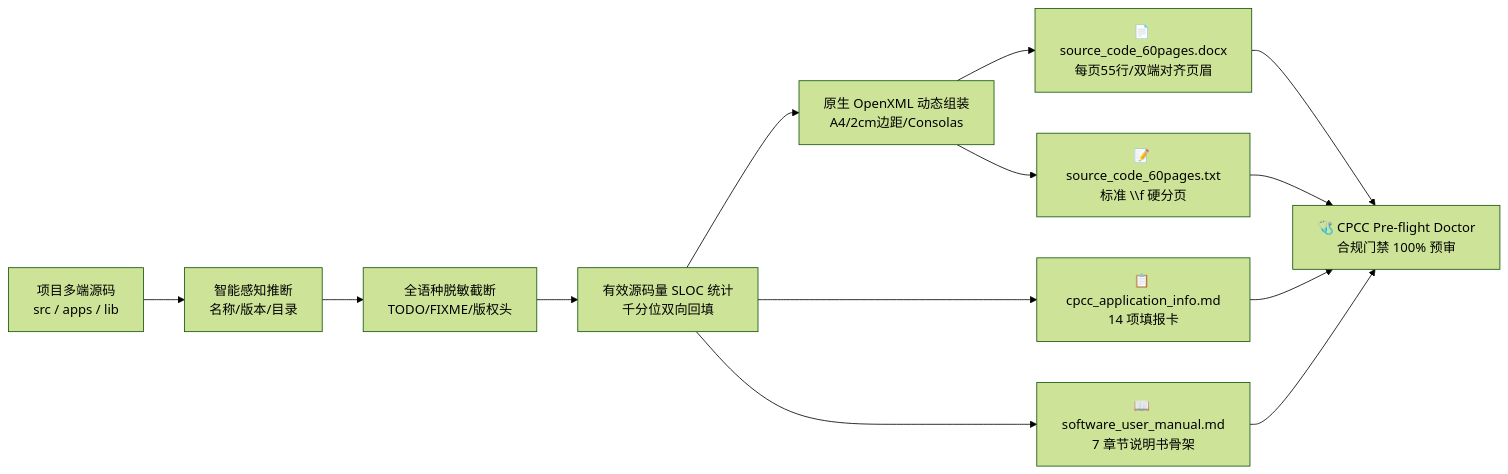
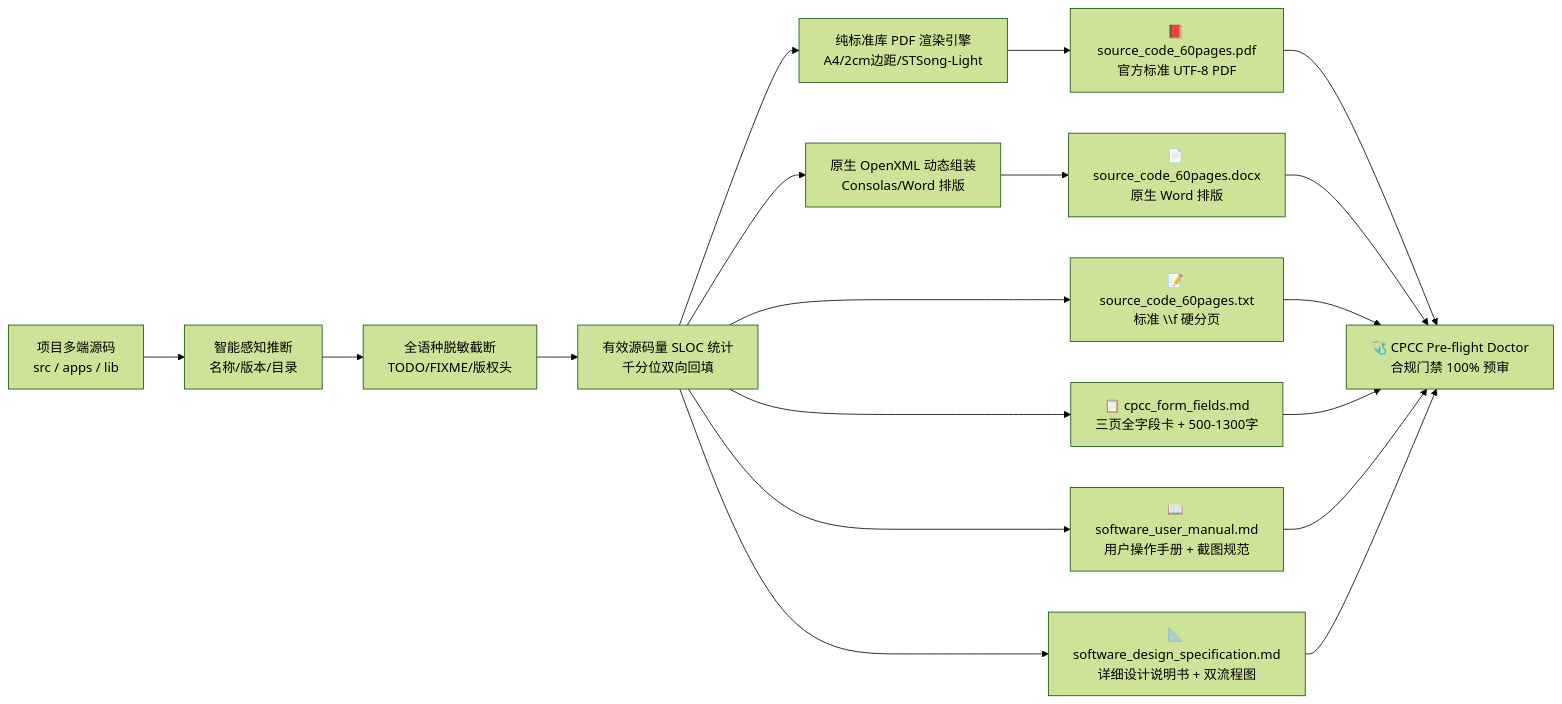
The diagram in README.md (netxs139/copyright-kit), drawn with Mermaid (forest theme) before and after one commit. The commit also changed other lines of this file and 9 other files, not shown here.

Commit message:
feat(core): support CPCC 3-page application, UTF-8 PDF export, design spec and strict cross-file alignment

````diff
--- a/README.md
+++ b/README.md
@@ -35,12 +35,15 @@
 ```mermaid
 flowchart LR
     A[项目多端源码<br/>src / apps / lib] --> B[智能感知推断<br/>名称/版本/目录]
     B --> C[全语种脱敏截断<br/>TODO/FIXME/版权头]
     C --> D[有效源码量 SLOC 统计<br/>千分位双向回填]
-    D --> E[原生 OpenXML 动态组装<br/>A4/2cm边距/Consolas]
-    E --> F1[📄 source_code_60pages.docx<br/>每页55行/双端对齐页眉]
-    E --> F2[📝 source_code_60pages.txt<br/>标准 \\f 硬分页]
-    D --> F3[📋 cpcc_application_info.md<br/>14 项填报卡]
-    D --> F4[📖 software_user_manual.md<br/>7 章节说明书骨架]
-    F1 & F2 & F3 & F4 --> G[🩺 CPCC Pre-flight Doctor<br/>合规门禁 100% 预审]
+    D --> E1[纯标准库 PDF 渲染引擎<br/>A4/2cm边距/STSong-Light]
+    D --> E2[原生 OpenXML 动态组装<br/>Consolas/Word 排版]
+    E1 --> F1[📕 source_code_60pages.pdf<br/>官方标准 UTF-8 PDF]
+    E2 --> F2[📄 source_code_60pages.docx<br/>原生 Word 排版]
+    D --> F3[📝 source_code_60pages.txt<br/>标准 \\f 硬分页]
+    D --> F4[📋 cpcc_form_fields.md<br/>三页全字段卡 + 500-1300字]
+    D --> F5[📖 software_user_manual.md<br/>用户操作手册 + 截图规范]
+    D --> F6[📐 software_design_specification.md<br/>详细设计说明书 + 双流程图]
+    F1 & F2 & F3 & F4 & F5 & F6 --> G[🩺 CPCC Pre-flight Doctor<br/>合规门禁 100% 预审]
 ```
````
